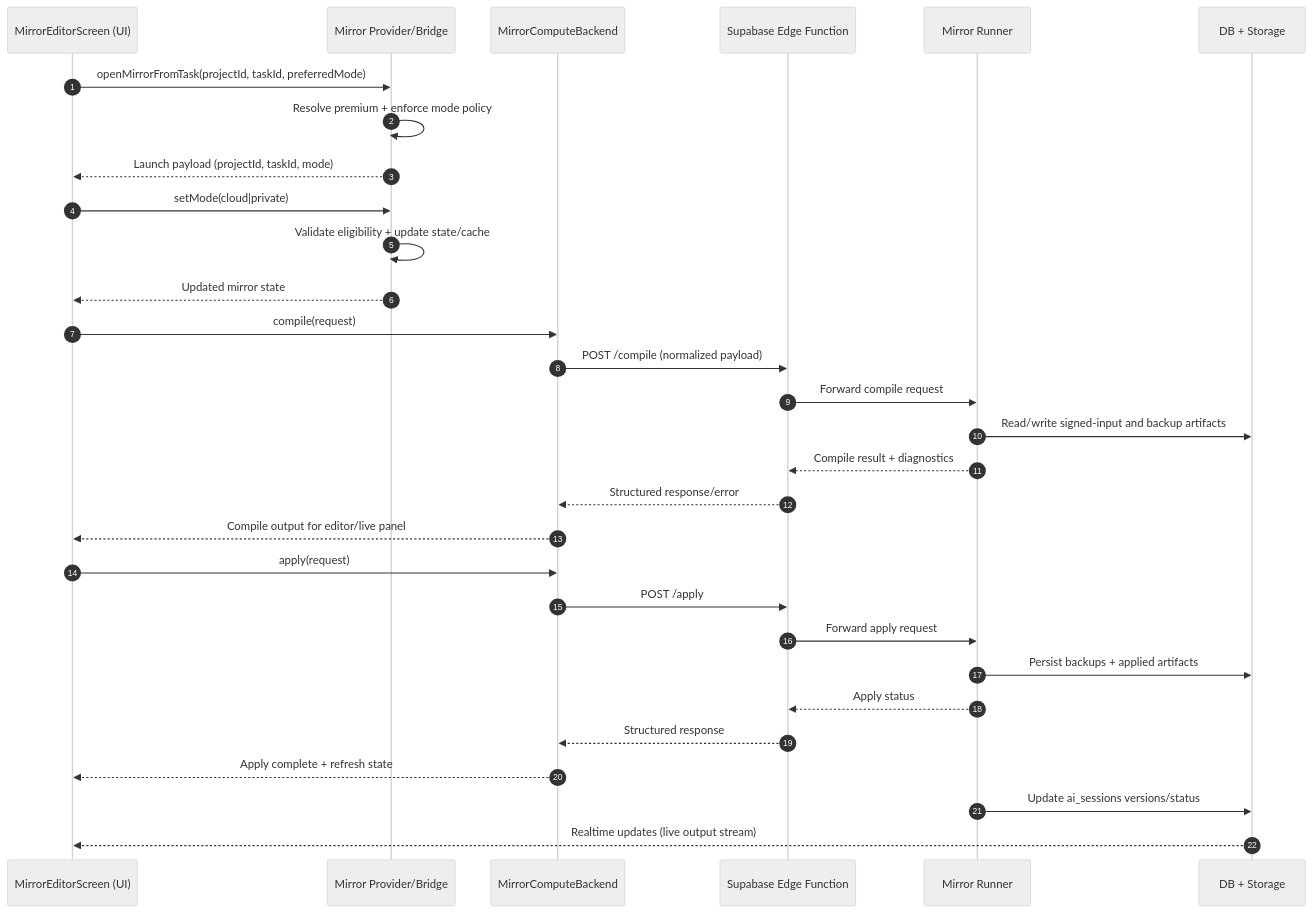
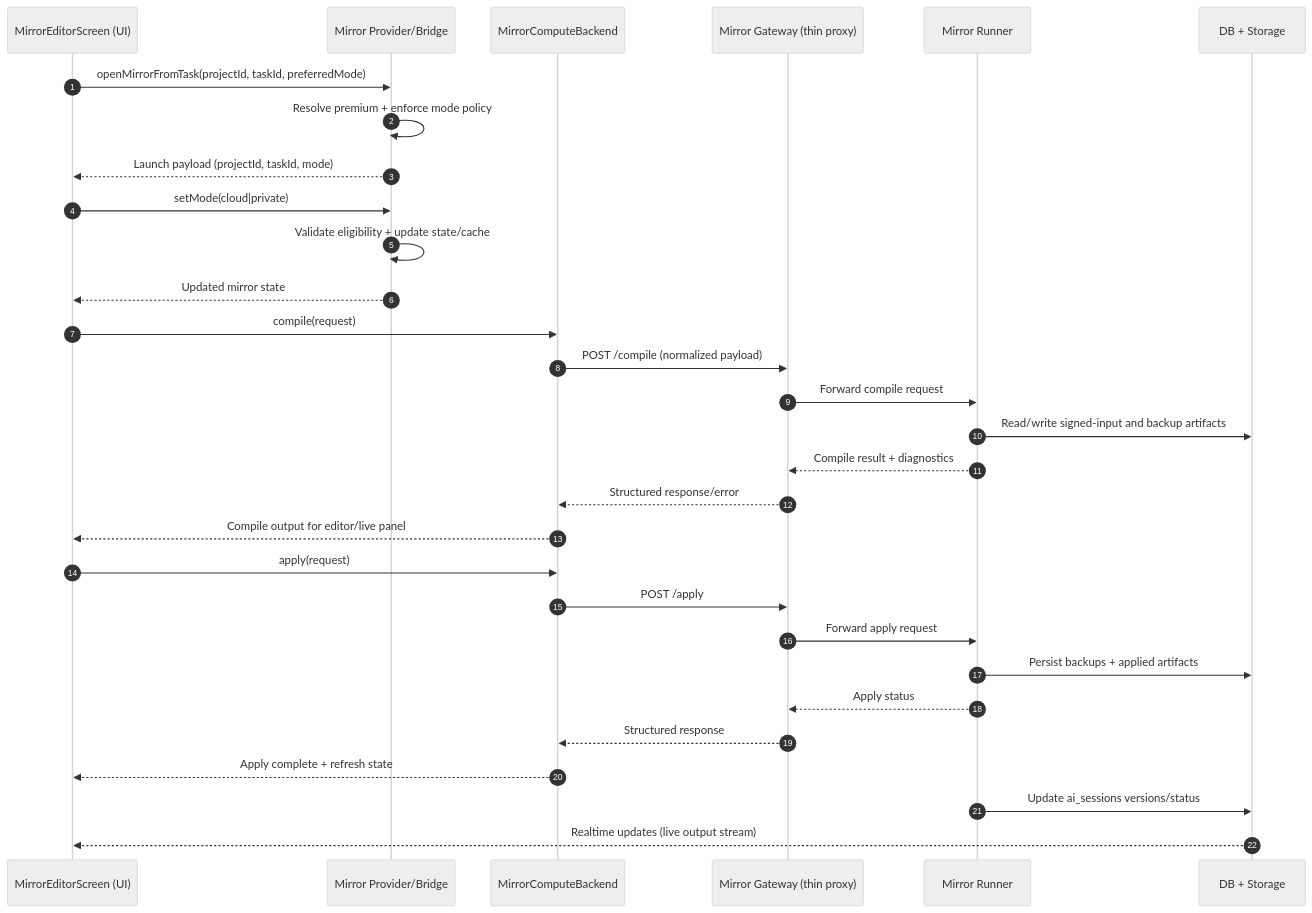
The diagram in docs/mirror-architecture.md (Steve-Mee/project-management-app), drawn with Mermaid (neutral theme) before and after one commit. The commit also changed other lines of this file and 17 other files, not shown here.

Commit message:
chore(architecture): lock thin-gateway naming forever - MirrorGatewayBackend + mirror-gateway folder

````diff
--- a/docs/mirror-architecture.md
+++ b/docs/mirror-architecture.md
@@ -102,37 +103,37 @@
 ```mermaid
 sequenceDiagram
     autonumber
     participant UI as MirrorEditorScreen (UI)
     participant Provider as Mirror Provider/Bridge
     participant Backend as MirrorComputeBackend
-    participant Edge as Supabase Edge Function
+    participant Gateway as Mirror Gateway (thin proxy)
     participant Runner as Mirror Runner
     participant Storage as DB + Storage
 
     UI->>Provider: openMirrorFromTask(projectId, taskId, preferredMode)
     Provider->>Provider: Resolve premium + enforce mode policy
     Provider-->>UI: Launch payload (projectId, taskId, mode)
 
     UI->>Provider: setMode(cloud|private)
     Provider->>Provider: Validate eligibility + update state/cache
     Provider-->>UI: Updated mirror state
 
     UI->>Backend: compile(request)
-    Backend->>Edge: POST /compile (normalized payload)
-    Edge->>Runner: Forward compile request
+    Backend->>Gateway: POST /compile (normalized payload)
+    Gateway->>Runner: Forward compile request
     Runner->>Storage: Read/write signed-input and backup artifacts
-    Runner-->>Edge: Compile result + diagnostics
-    Edge-->>Backend: Structured response/error
+    Runner-->>Gateway: Compile result + diagnostics
+    Gateway-->>Backend: Structured response/error
     Backend-->>UI: Compile output for editor/live panel
 
     UI->>Backend: apply(request)
-    Backend->>Edge: POST /apply
-    Edge->>Runner: Forward apply request
+    Backend->>Gateway: POST /apply
+    Gateway->>Runner: Forward apply request
     Runner->>Storage: Persist backups + applied artifacts
-    Runner-->>Edge: Apply status
-    Edge-->>Backend: Structured response
+    Runner-->>Gateway: Apply status
+    Gateway-->>Backend: Structured response
     Backend-->>UI: Apply complete + refresh state
 
     Runner->>Storage: Update ai_sessions versions/status
     Storage-->>UI: Realtime updates (live output stream)
 ```
````
